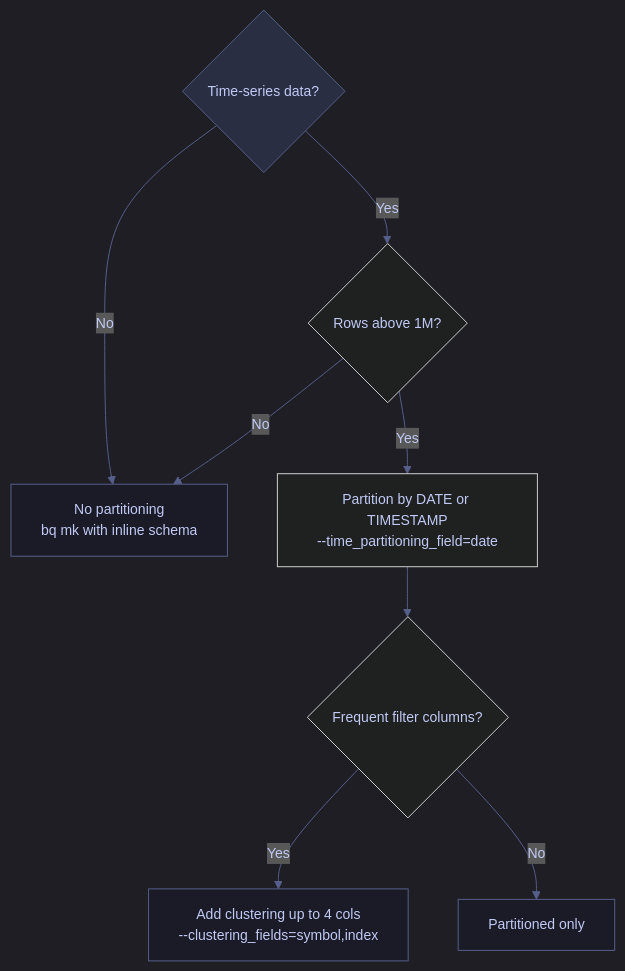
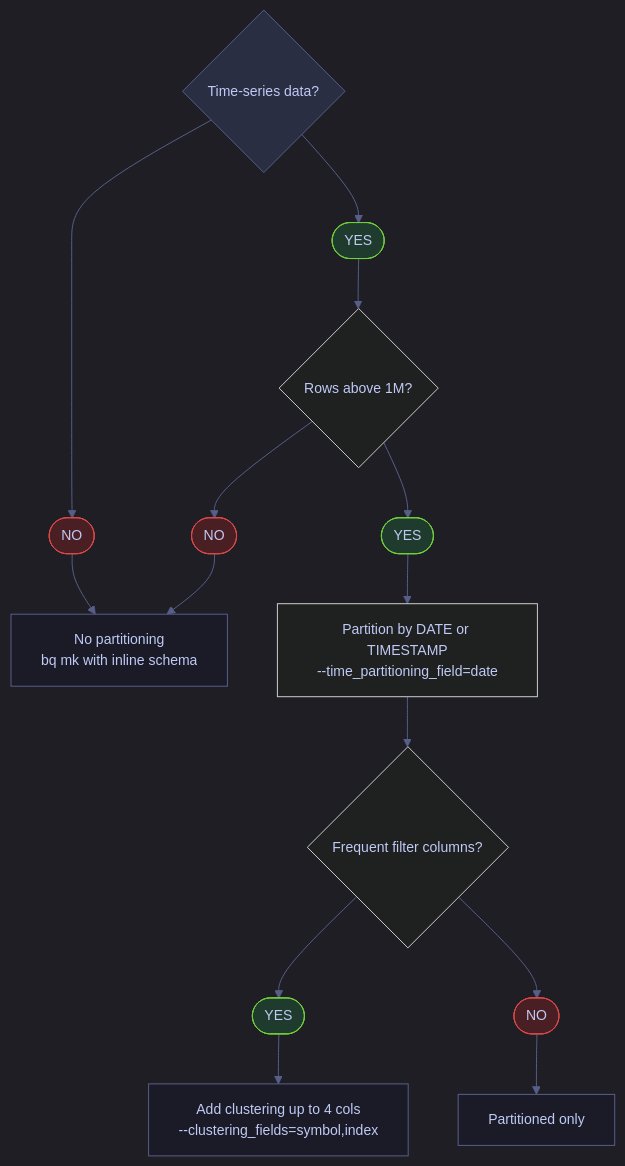
One commit to alp78/elysium changed the second of 2 diagrams in content/06-GCP/03-BigQuery/01-dataset-and-table-management.md. Above: the diagram before and after it, drawn with Mermaid. The commit also changed other lines of this file and 114 other files, not shown here.

````diff
--- a/content/06-GCP/03-BigQuery/01-dataset-and-table-management.md
+++ b/content/06-GCP/03-BigQuery/01-dataset-and-table-management.md
@@ -200,26 +389,38 @@
 ```mermaid
 %%{init: {'theme': 'dark', 'themeVariables': {
   'primaryColor': '#292e42',
   'primaryTextColor': '#c0caf5',
   'primaryBorderColor': '#565f89',
   'lineColor': '#565f89',
   'secondaryColor': '#1a1b26',
   'tertiaryColor': '#24283b',
   'noteTextColor': '#c0caf5',
   'noteBkgColor': '#292e42',
   'textColor': '#c0caf5',
   'fontSize': '14px'
 }}}%%
 flowchart TD
-    A{Time-series data?} -- Yes --> B{Rows above 1M?}
-    A -- No --> C[No partitioning\nbq mk with inline schema]
-    B -- Yes --> D[Partition by DATE or TIMESTAMP\n--time_partitioning_field=date]
-    B -- No --> C
+    A{Time-series data?} --> YES1([YES])
+    A --> NO1([NO])
+    YES1 --> B{Rows above 1M?}
+    NO1 --> C[No partitioning\nbq mk with inline schema]
+    B --> YES2([YES])
+    B --> NO2([NO])
+    YES2 --> D[Partition by DATE or TIMESTAMP\n--time_partitioning_field=date]
+    NO2 --> C
     D --> E{Frequent filter columns?}
-    E -- Yes --> F[Add clustering up to 4 cols\n--clustering_fields=symbol,index]
-    E -- No --> G[Partitioned only]
+    E --> YES3([YES])
+    E --> NO3([NO])
+    YES3 --> F[Add clustering up to 4 cols\n--clustering_fields=symbol,index]
+    NO3 --> G[Partitioned only]
     style A fill:#292e42,stroke:#565f89
     style C fill:#1a1b26,stroke:#565f89
     style F fill:#1a1b26,stroke:#565f89
     style G fill:#1a1b26,stroke:#565f89
+    style YES1 fill:#1f3b2d,stroke:#73d13d,color:#c0caf5
+    style YES2 fill:#1f3b2d,stroke:#73d13d,color:#c0caf5
+    style YES3 fill:#1f3b2d,stroke:#73d13d,color:#c0caf5
+    style NO1 fill:#4a1f24,stroke:#db4b4b,color:#c0caf5
+    style NO2 fill:#4a1f24,stroke:#db4b4b,color:#c0caf5
+    style NO3 fill:#4a1f24,stroke:#db4b4b,color:#c0caf5
 ```
````
